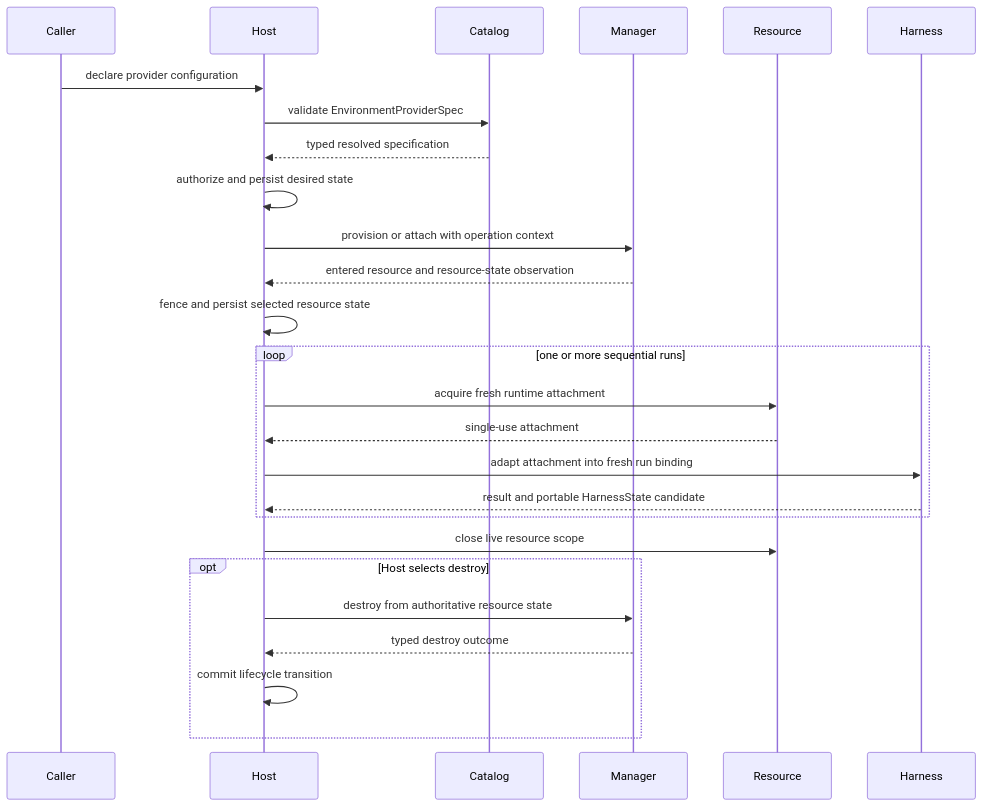
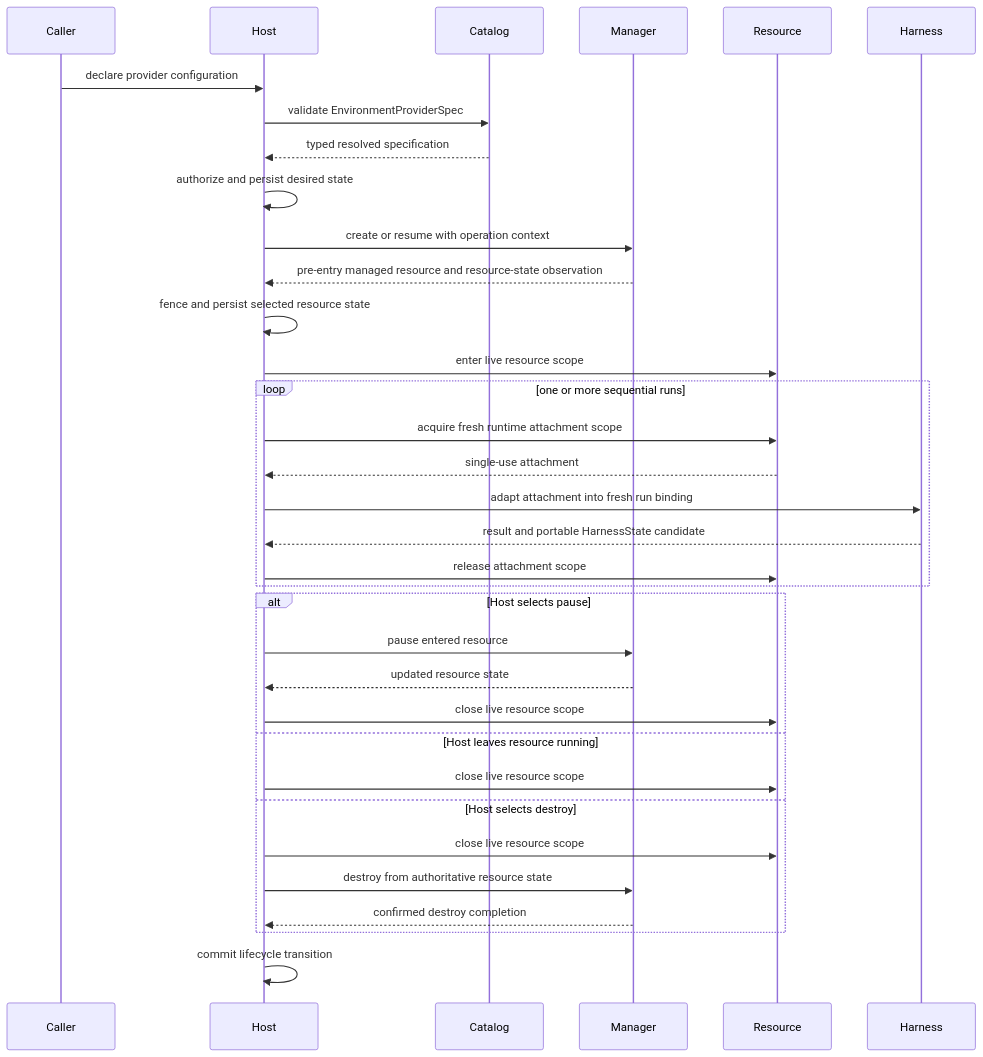
One commit to LTThreeComma/agent-foundation changed the second of 2 diagrams in spec/agent-environment-provider/00-overview.md. Above: the diagram before and after it, drawn with Mermaid. The commit also changed other lines of this file and 67 other files, not shown here.

First line of the commit message:
feat(runtime): add local UI storage and workspace context

````diff
--- a/spec/agent-environment-provider/00-overview.md
+++ b/spec/agent-environment-provider/00-overview.md
@@ -75,29 +75,37 @@
 ```mermaid
 sequenceDiagram
     participant Caller
     participant Host
     participant Catalog
     participant Manager
     participant Resource
     participant Harness
 
     Caller->>Host: declare provider configuration
     Host->>Catalog: validate EnvironmentProviderSpec
     Catalog-->>Host: typed resolved specification
     Host->>Host: authorize and persist desired state
-    Host->>Manager: provision or attach with operation context
-    Manager-->>Host: entered resource and resource-state observation
+    Host->>Manager: create or resume with operation context
+    Manager-->>Host: pre-entry managed resource and resource-state observation
     Host->>Host: fence and persist selected resource state
+    Host->>Resource: enter live resource scope
     loop one or more sequential runs
-        Host->>Resource: acquire fresh runtime attachment
+        Host->>Resource: acquire fresh runtime attachment scope
         Resource-->>Host: single-use attachment
         Host->>Harness: adapt attachment into fresh run binding
         Harness-->>Host: result and portable HarnessState candidate
+        Host->>Resource: release attachment scope
     end
-    Host->>Resource: close live resource scope
-    opt Host selects destroy
+    alt Host selects pause
+        Host->>Manager: pause entered resource
+        Manager-->>Host: updated resource state
+        Host->>Resource: close live resource scope
+    else Host leaves resource running
+        Host->>Resource: close live resource scope
+    else Host selects destroy
+        Host->>Resource: close live resource scope
         Host->>Manager: destroy from authoritative resource state
-        Manager-->>Host: typed destroy outcome
-        Host->>Host: commit lifecycle transition
+        Manager-->>Host: confirmed destroy completion
     end
+    Host->>Host: commit lifecycle transition
 ```
````
